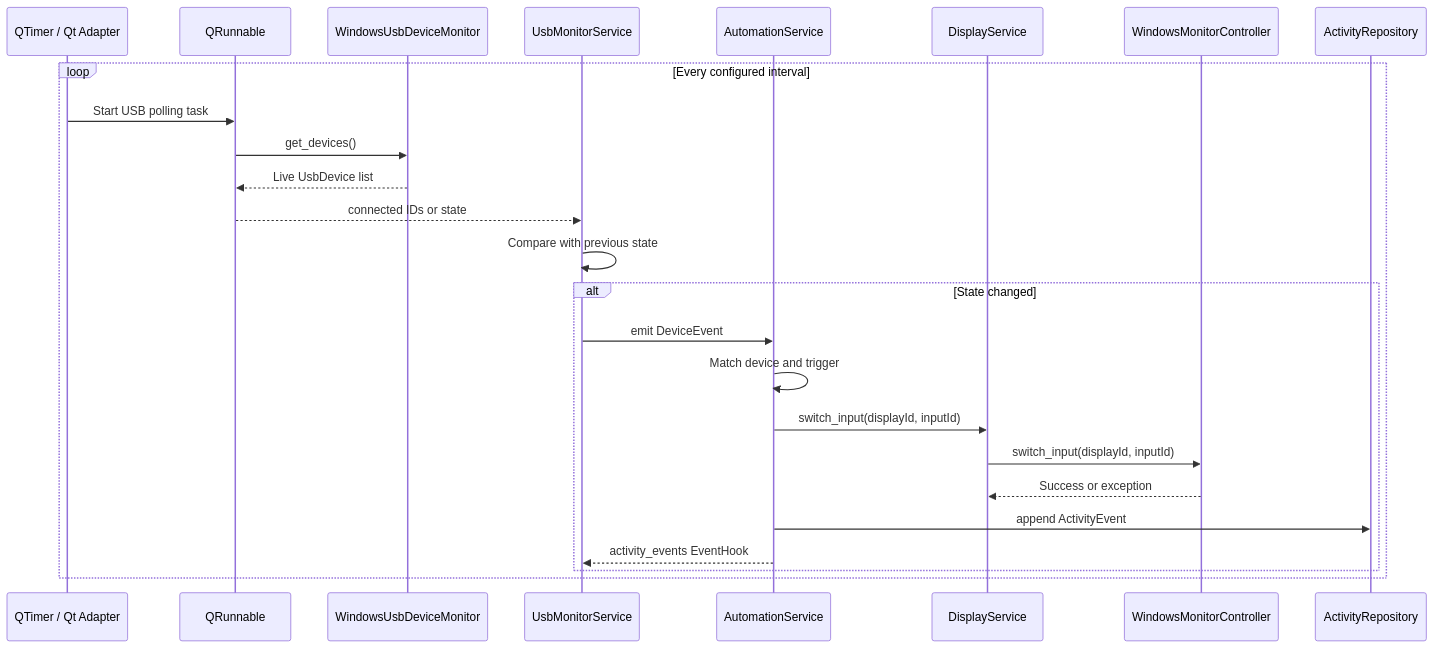
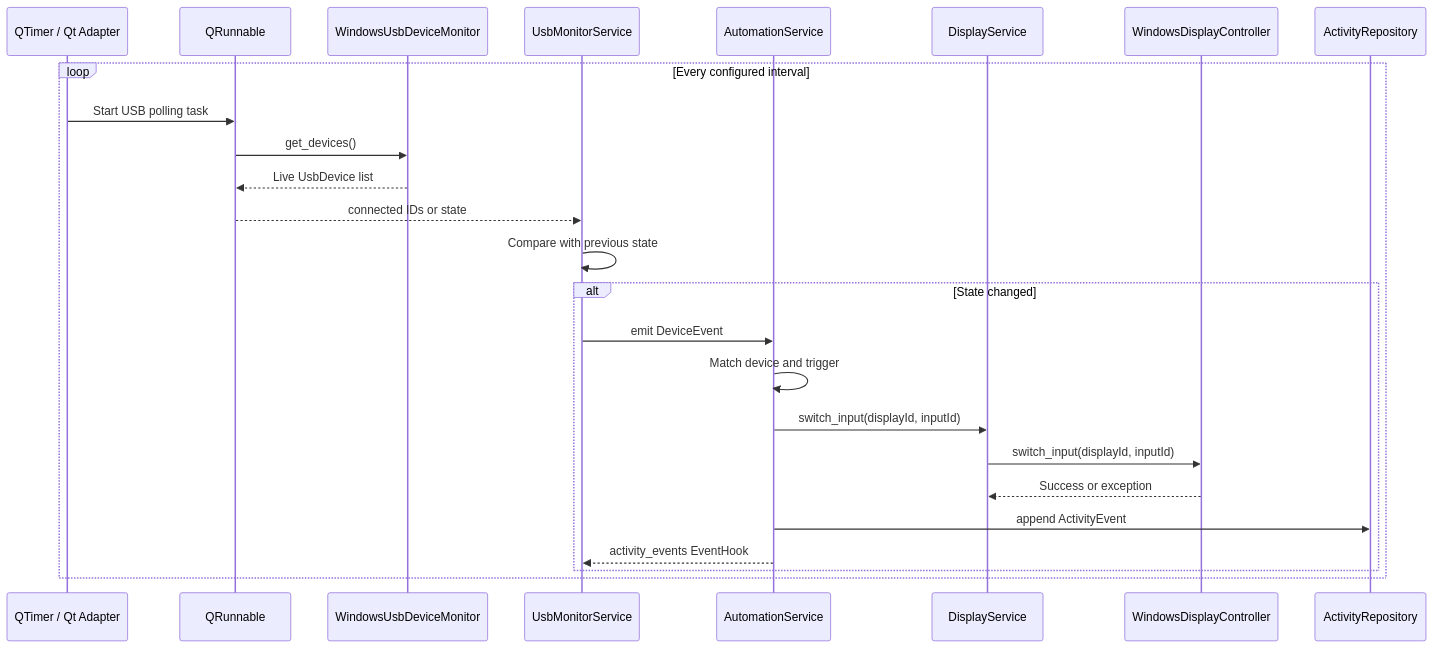
Before and after one commit to Gayoon1234/monitor-switcher: the third of 4 diagrams in docs/technical-implementation.md, drawn with Mermaid. The commit also changed other lines of this file and 13 other files, not shown here.

Commit message:
fix(): update all references to use display instead of monitor to avoid confusion with the components that monitor hardware.

````diff
--- a/docs/technical-implementation.md
+++ b/docs/technical-implementation.md
@@ -135,28 +135,28 @@
 ```mermaid
 sequenceDiagram
     participant Timer as QTimer / Qt Adapter
     participant Poll as QRunnable
     participant USB as WindowsUsbDeviceMonitor
     participant Monitor as UsbMonitorService
     participant Automation as AutomationService
     participant Display as DisplayService
-    participant Hardware as WindowsMonitorController
+    participant Hardware as WindowsDisplayController
     participant Log as ActivityRepository
 
     loop Every configured interval
         Timer->>Poll: Start USB polling task
         Poll->>USB: get_devices()
         USB-->>Poll: Live UsbDevice list
         Poll-->>Monitor: connected IDs or state
         Monitor->>Monitor: Compare with previous state
         alt State changed
             Monitor->>Automation: emit DeviceEvent
             Automation->>Automation: Match device and trigger
             Automation->>Display: switch_input(displayId, inputId)
             Display->>Hardware: switch_input(displayId, inputId)
             Hardware-->>Display: Success or exception
             Automation->>Log: append ActivityEvent
             Automation-->>Monitor: activity_events EventHook
         end
     end
 ```
````
